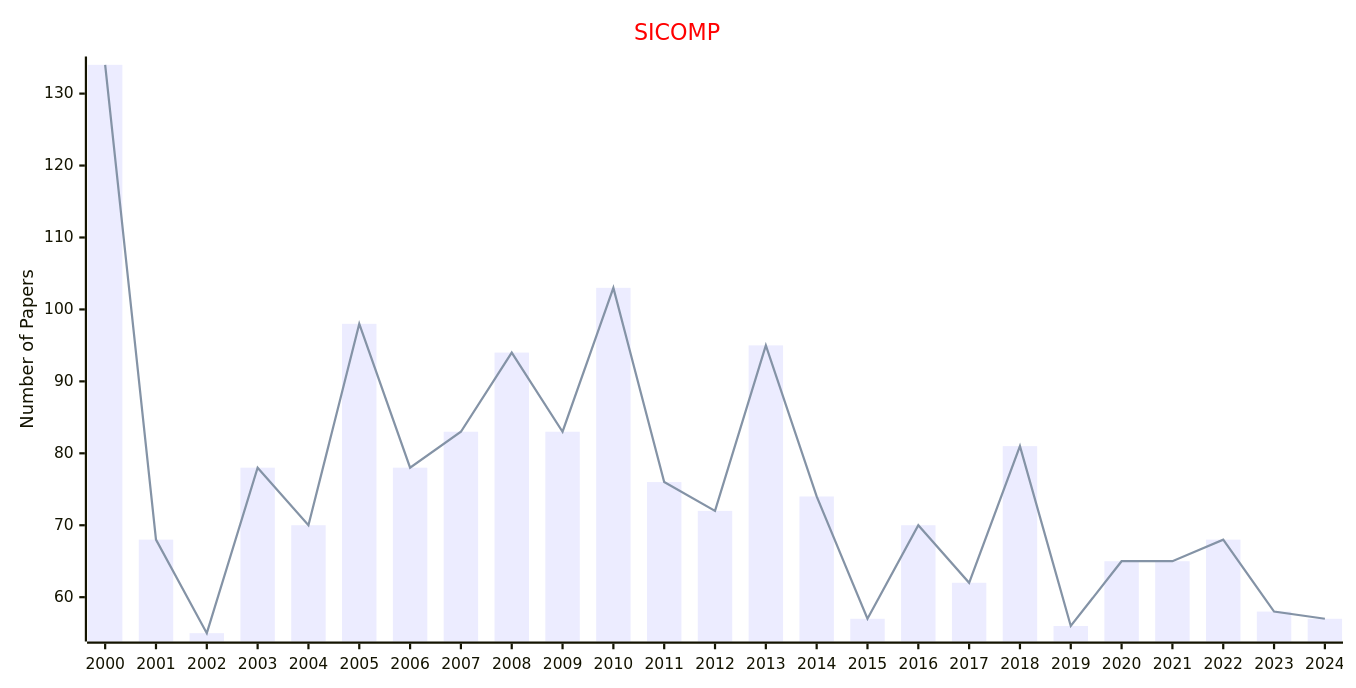
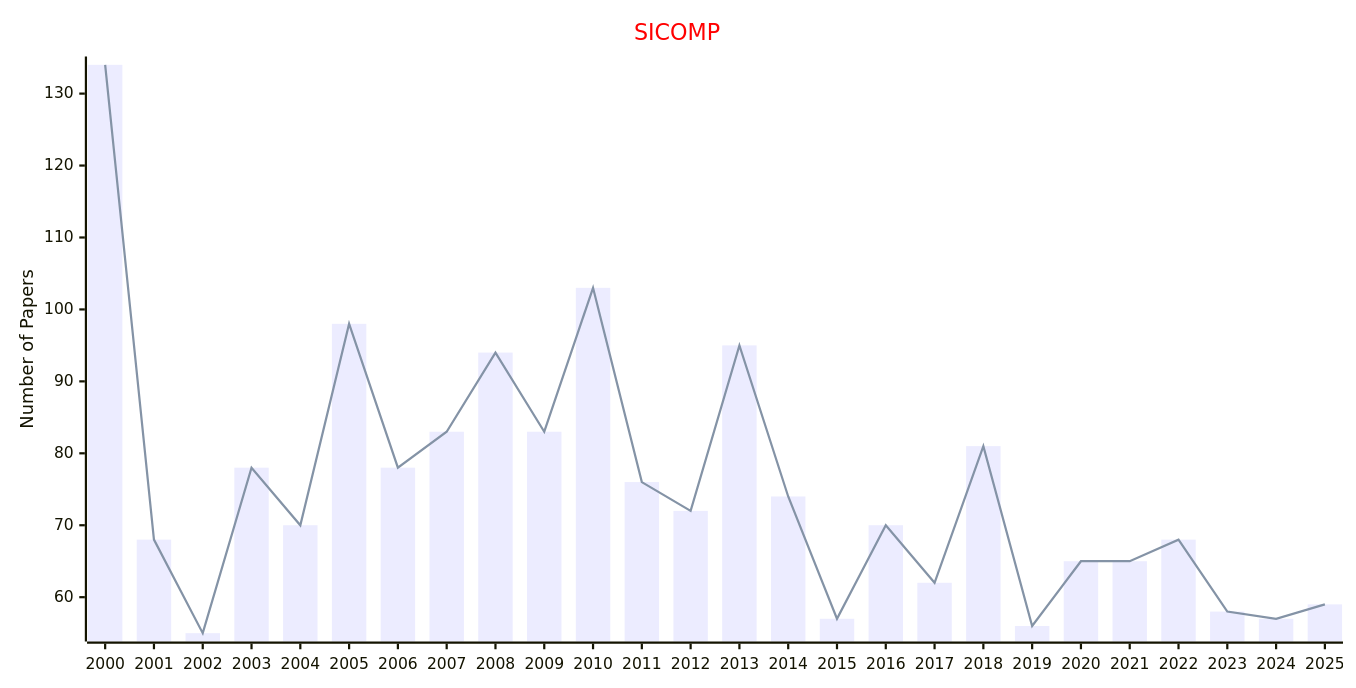
Before and after one commit to Easy-PhD/AILinks: the fourth of 4 diagrams in docs/data/Journals/Statistics_Journals/Computational_Science.md, drawn with Mermaid. The commit also changed other lines of this file and 93 other files, not shown here.

````diff
--- a/docs/data/Journals/Statistics_Journals/Computational_Science.md
+++ b/docs/data/Journals/Statistics_Journals/Computational_Science.md
@@ -81,17 +81,17 @@
 ```mermaid
 ---
 config:
     xyChart:
         width: 1200
         height: 600
     themeVariables:
         xyChart:
             titleColor: "#ff0000"
 ---
 xychart-beta
     title "SICOMP"
-    x-axis [2000, 2001, 2002, 2003, 2004, 2005, 2006, 2007, 2008, 2009, 2010, 2011, 2012, 2013, 2014, 2015, 2016, 2017, 2018, 2019, 2020, 2021, 2022, 2023, 2024]
+    x-axis [2000, 2001, 2002, 2003, 2004, 2005, 2006, 2007, 2008, 2009, 2010, 2011, 2012, 2013, 2014, 2015, 2016, 2017, 2018, 2019, 2020, 2021, 2022, 2023, 2024, 2025]
     y-axis "Number of Papers"
-    bar [134, 68, 55, 78, 70, 98, 78, 83, 94, 83, 103, 76, 72, 95, 74, 57, 70, 62, 81, 56, 65, 65, 68, 58, 57]
-    line [134, 68, 55, 78, 70, 98, 78, 83, 94, 83, 103, 76, 72, 95, 74, 57, 70, 62, 81, 56, 65, 65, 68, 58, 57]
+    bar [134, 68, 55, 78, 70, 98, 78, 83, 94, 83, 103, 76, 72, 95, 74, 57, 70, 62, 81, 56, 65, 65, 68, 58, 57, 59]
+    line [134, 68, 55, 78, 70, 98, 78, 83, 94, 83, 103, 76, 72, 95, 74, 57, 70, 62, 81, 56, 65, 65, 68, 58, 57, 59]
 ```
````
